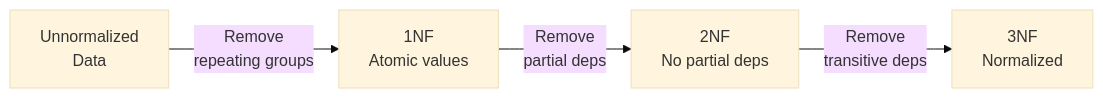
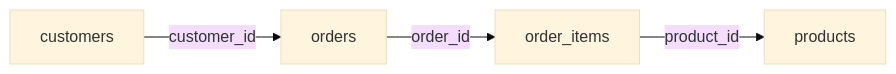
The first of 4 diagrams in sql/README.md (brijesh2501/interview-questions), drawn with Mermaid (base theme) before and after one commit. The commit also changed other lines of this file and 2 other files, not shown here.

````diff
--- a/sql/README.md
+++ b/sql/README.md
@@ -530,7 +100,11 @@
 ```mermaid
 graph LR
-    Start["Unnormalized<br/>Data"]
-    Start -->|Remove<br/>repeating groups| 1NF["1NF<br/>Atomic values"]
-    1NF -->|Remove<br/>partial deps| 2NF["2NF<br/>No partial deps"]
-    2NF -->|Remove<br/>transitive deps| 3NF["3NF<br/>Normalized"]
+    C["customers"]
+    O["orders"]
+    OI["order_items"]
+    P["products"]
+
+    C -->|customer_id| O
+    O -->|order_id| OI
+    OI -->|product_id| P
 ```
````
